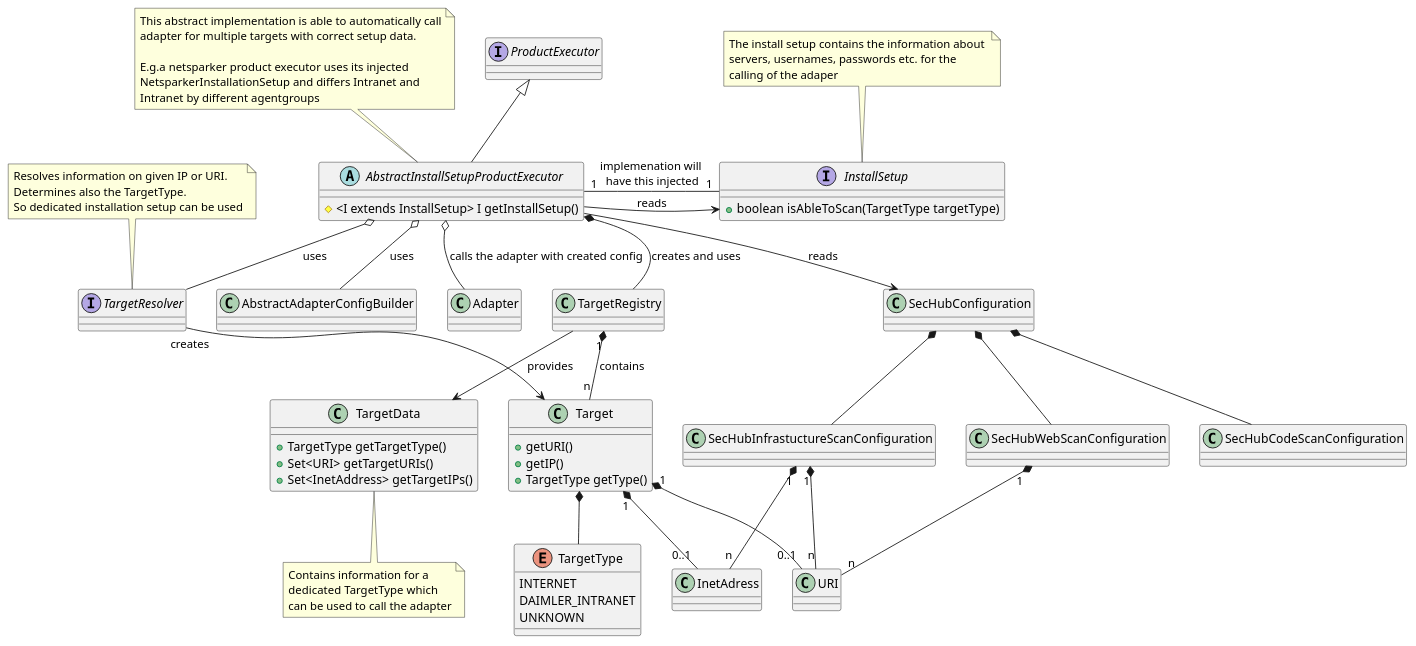
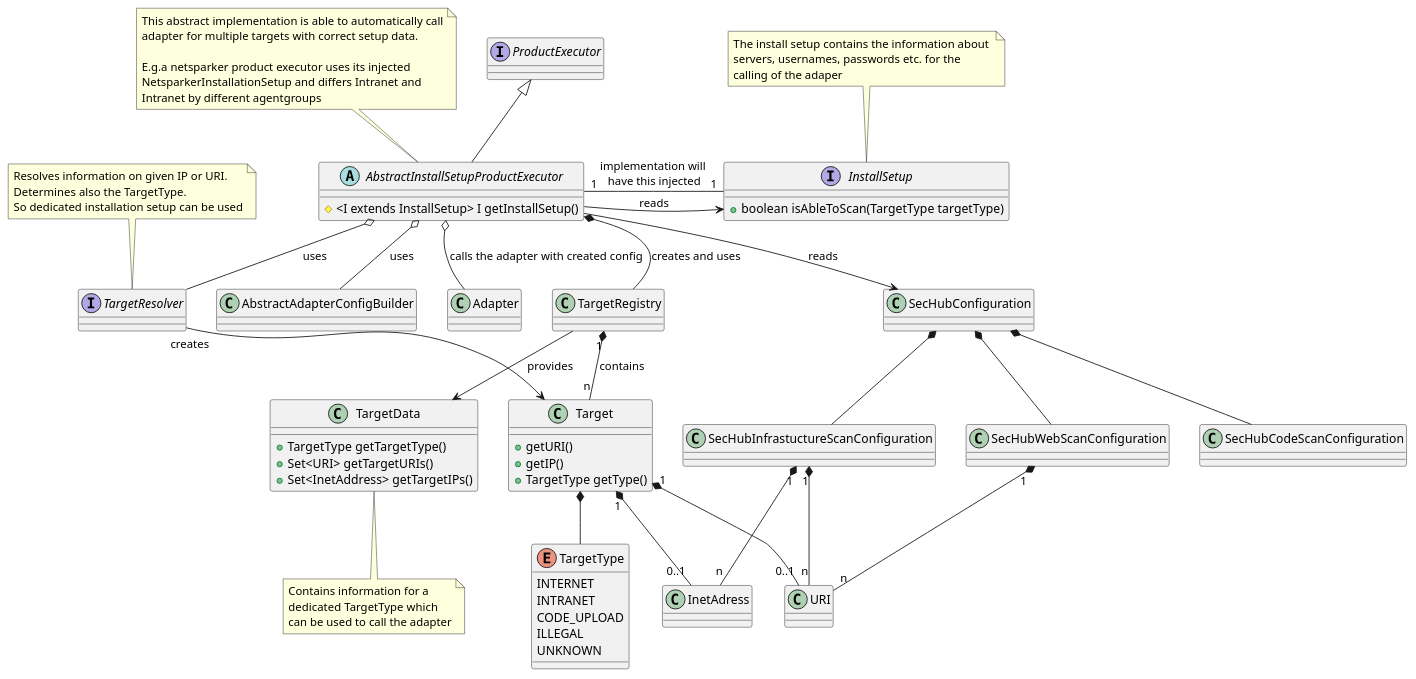
Before and after one commit to mercedes-benz/sechub: the diagram in sechub-doc/src/docs/asciidoc/diagrams/diagram_target_architecture.plantuml, drawn with PlantUML.

Commit message:
Updated target type information in plantuml diagram for doc #115

```diff
--- a/sechub-doc/src/docs/asciidoc/diagrams/diagram_target_architecture.plantuml
+++ b/sechub-doc/src/docs/asciidoc/diagrams/diagram_target_architecture.plantuml
@@ -2,60 +2,62 @@
 @startuml
 
 abstract class AbstractInstallSetupProductExecutor{
    # <I extends InstallSetup> I getInstallSetup()
 }
-interface ProductExecutor 
+interface ProductExecutor
 interface InstallSetup{
     + boolean isAbleToScan(TargetType targetType)
 }
 interface TargetResolver
 class TargetRegistry
 class SecHubWebScanConfiguration
 class SecHubInfrastuctureScanConfiguration
 
 class Target{
   + getURI()
   + getIP()
   + TargetType getType()
 }
 class TargetData{
-    + TargetType getTargetType() 
+    + TargetType getTargetType()
     + Set<URI> getTargetURIs()
     + Set<InetAddress> getTargetIPs()
 }
 enum TargetType {
   INTERNET
-  DAIMLER_INTRANET
+  INTRANET
+  CODE_UPLOAD
+  ILLEGAL
   UNKNOWN
 }
 
 ProductExecutor <|-- AbstractInstallSetupProductExecutor
 AbstractInstallSetupProductExecutor o-- TargetResolver : uses
-AbstractInstallSetupProductExecutor o-- AbstractAdapterConfigBuilder: uses  
+AbstractInstallSetupProductExecutor o-- AbstractAdapterConfigBuilder: uses
 AbstractInstallSetupProductExecutor o-- Adapter: calls the adapter with created config
-AbstractInstallSetupProductExecutor "1" - "1" InstallSetup : implemenation will \nhave this injected
+AbstractInstallSetupProductExecutor "1" - "1" InstallSetup : implementation will \nhave this injected
 AbstractInstallSetupProductExecutor --> InstallSetup : reads
 AbstractInstallSetupProductExecutor *-- TargetRegistry: creates and uses
-  
+
 TargetRegistry "1" *-- "n" Target : contains
 TargetRegistry --> TargetData : provides
-TargetResolver "creates" --> Target 
+TargetResolver "creates" --> Target
 Target *-- TargetType
 Target "1" *-- "0..1" URI
 Target "1" *-- "0..1" InetAdress
 AbstractInstallSetupProductExecutor --> SecHubConfiguration : reads
 
-SecHubConfiguration *-- SecHubWebScanConfiguration  
+SecHubConfiguration *-- SecHubWebScanConfiguration
 SecHubConfiguration *-- SecHubInfrastuctureScanConfiguration
-SecHubConfiguration *-- SecHubCodeScanConfiguration 
+SecHubConfiguration *-- SecHubCodeScanConfiguration
 
 SecHubWebScanConfiguration "1" *-- "n" URI
 SecHubInfrastuctureScanConfiguration "1" *-- "n" URI
 SecHubInfrastuctureScanConfiguration "1" *-- "n" InetAdress
 
-note top of TargetResolver: Resolves information on given IP or URI.\nDetermines also the TargetType.\nSo dedicated installation setup can be used 
+note top of TargetResolver: Resolves information on given IP or URI.\nDetermines also the TargetType.\nSo dedicated installation setup can be used
 note bottom of TargetData: Contains information for a \ndedicated TargetType which\ncan be used to call the adapter
 
-note top of AbstractInstallSetupProductExecutor: This abstract implementation is able to automatically call\nadapter for multiple targets with correct setup data.\n\nE.g.a netsparker product executor uses its injected\nNetsparkerInstallationSetup and differs Intranet and \nIntranet by different agentgroups 
-note top of InstallSetup : The install setup contains the information about \nservers, usernames, passwords etc. for the\ncalling of the adaper 
+note top of AbstractInstallSetupProductExecutor: This abstract implementation is able to automatically call\nadapter for multiple targets with correct setup data.\n\nE.g.a netsparker product executor uses its injected\nNetsparkerInstallationSetup and differs Intranet and \nIntranet by different agentgroups
+note top of InstallSetup : The install setup contains the information about \nservers, usernames, passwords etc. for the\ncalling of the adaper
 @enduml
```
